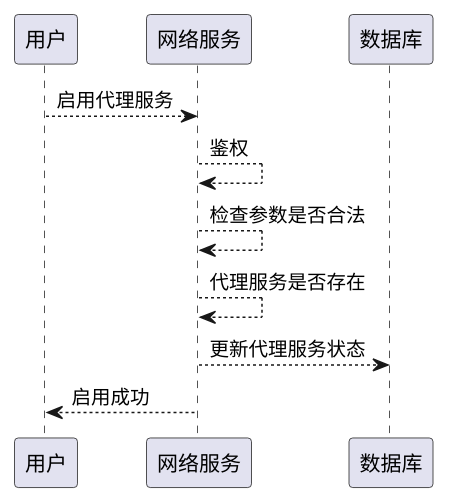
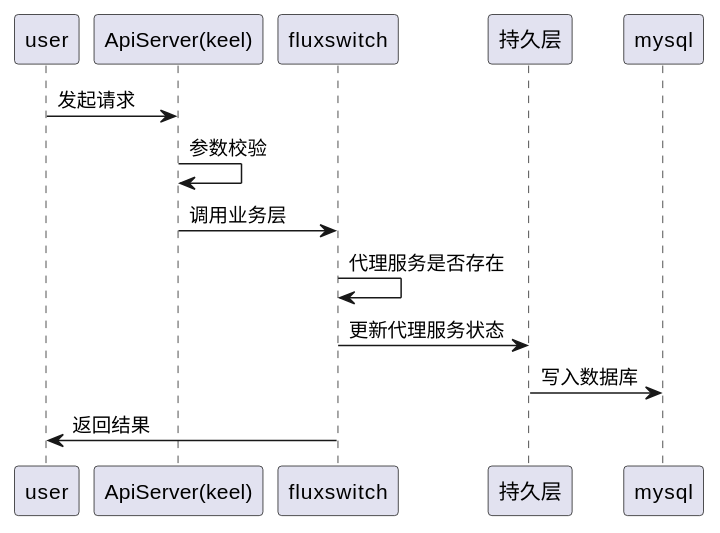
Before and after one commit to tkeel-io/docs: the ninth of 12 diagrams in docs/api/appendix/plantuml/fluxswitch.md, drawn with PlantUML. The commit also changed other lines of this file and 2 other files, not shown here.

Commit message:
feat: update plugin manager uml & fluxswicth manager

````diff
--- a/docs/api/appendix/plantuml/fluxswitch.md
+++ b/docs/api/appendix/plantuml/fluxswitch.md
@@ -212,14 +243,18 @@
 ```plantuml
+@startuml
+participant "user" as user
+participant "ApiServer(keel)" as keel
+participant "fluxswitch" as fluxswitch
+participant "持久层" as dblayer
+participant "mysql" as mysql
 
-participant "用户" as user
-participant "网络服务" as fluxswitch
-participant "数据库"  as db
 
-user --> fluxswitch : 启用代理服务
-fluxswitch --> fluxswitch : 鉴权
-fluxswitch --> fluxswitch : 检查参数是否合法
-fluxswitch --> fluxswitch : 代理服务是否存在
-fluxswitch --> db : 更新代理服务状态
-fluxswitch --> user : 启用成功
-
+user -> keel : 发起请求
+keel -> keel : 参数校验 
+keel -> fluxswitch : 调用业务层
+fluxswitch -> fluxswitch : 代理服务是否存在
+fluxswitch -> dblayer : 更新代理服务状态
+dblayer -> mysql : 写入数据库
+fluxswitch -> user : 返回结果
+@enduml
 ```
````
